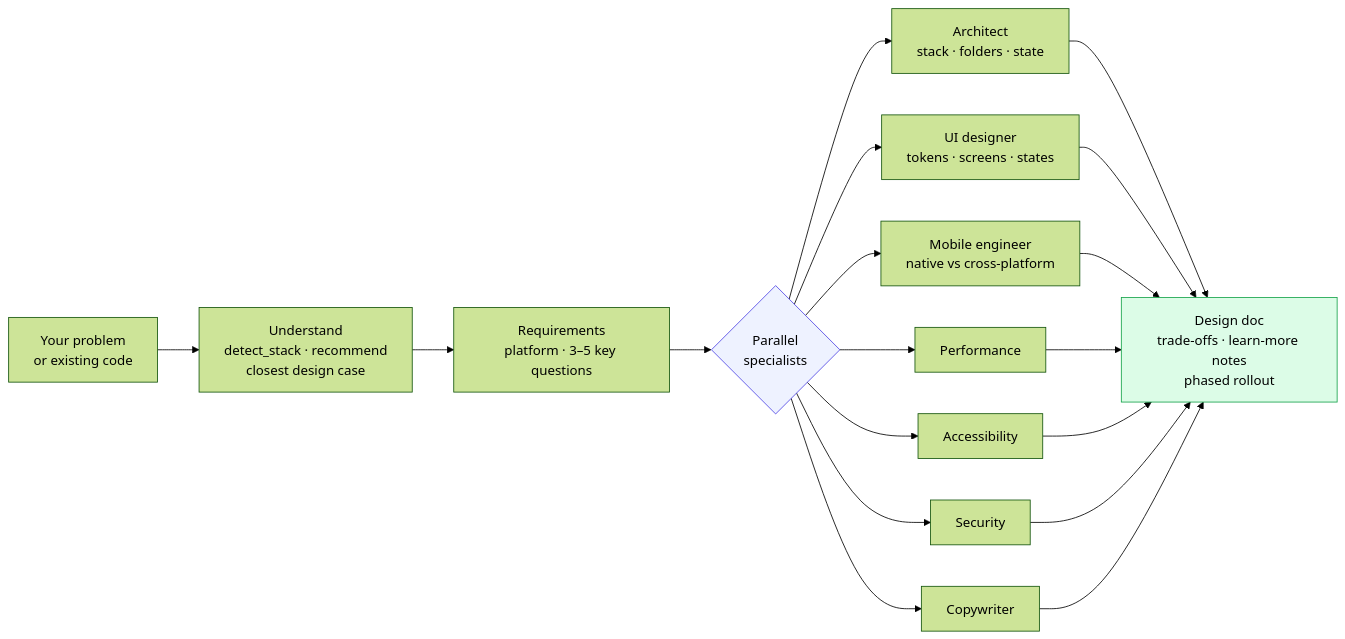
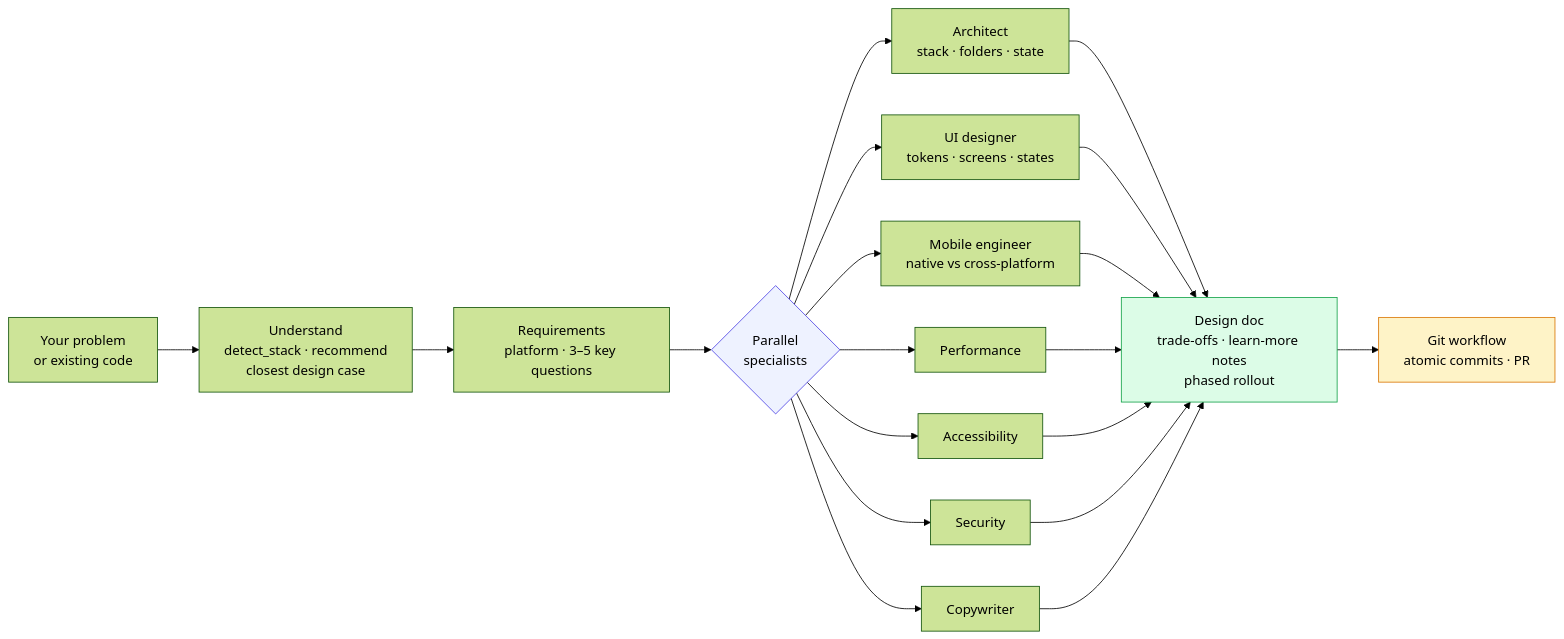
The first of 2 diagrams in README.md (Muzammil8989/frontend-system-design), drawn with Mermaid (forest theme) before and after one commit. The commit also changed other lines of this file and 45 other files, not shown here.

First line of the commit message:
Feat/git workflow skill (#5)

````diff
--- a/README.md
+++ b/README.md
@@ -223,16 +384,18 @@
 ```mermaid
 flowchart LR
     U["Your problem<br/>or existing code"] --> D["Understand<br/>detect_stack · recommend<br/>closest design case"]
     D --> R["Requirements<br/>platform · 3–5 key questions"]
     R --> P{"Parallel<br/>specialists"}
     P --> A["Architect<br/>stack · folders · state"]
     P --> UI["UI designer<br/>tokens · screens · states"]
     P --> M["Mobile engineer<br/>native vs cross-platform"]
     P --> F["Performance"]
     P --> Y["Accessibility"]
     P --> S["Security"]
     P --> C["Copywriter"]
     A & UI & M & F & Y & S & C --> O["Design doc<br/>trade-offs · learn-more notes<br/>phased rollout"]
+    O --> G["Git workflow<br/>atomic commits · PR"]
     style P fill:#eef2ff,stroke:#4f46e5
     style O fill:#dcfce7,stroke:#16a34a
+    style G fill:#fef3c7,stroke:#d97706
 ```
````
